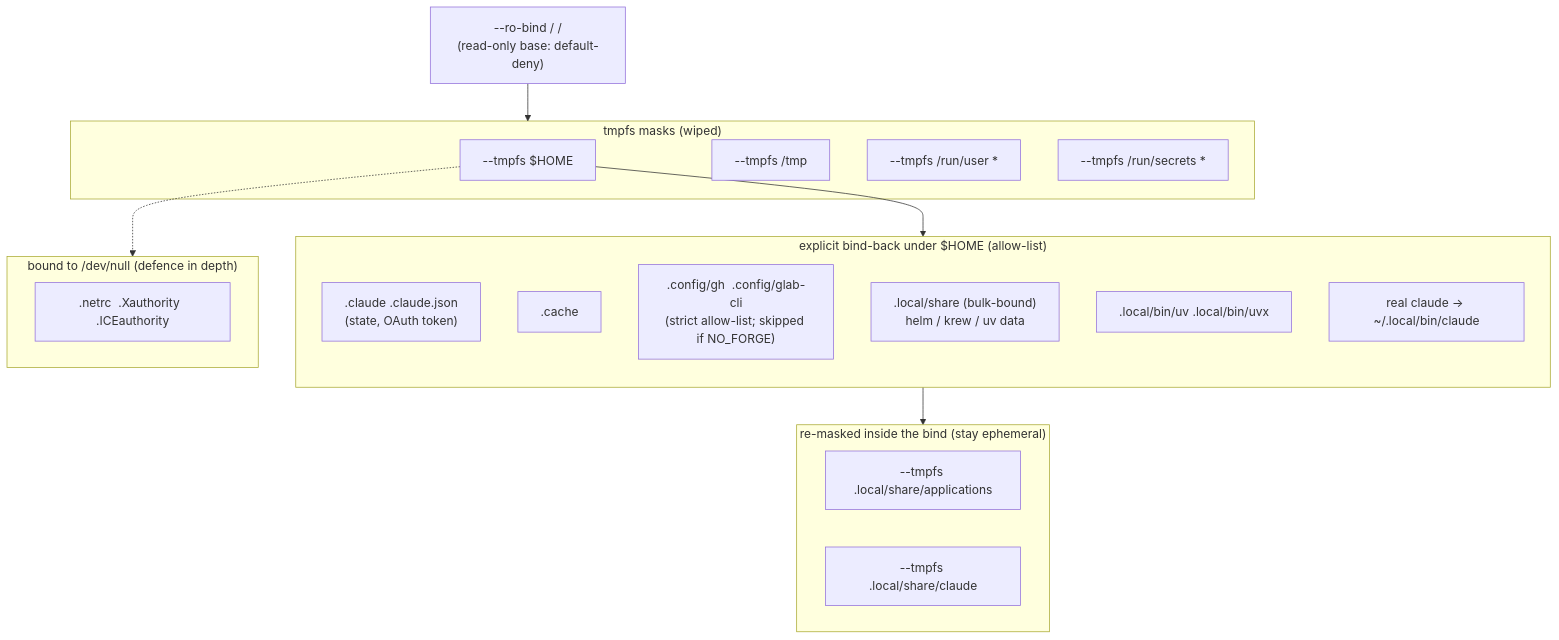
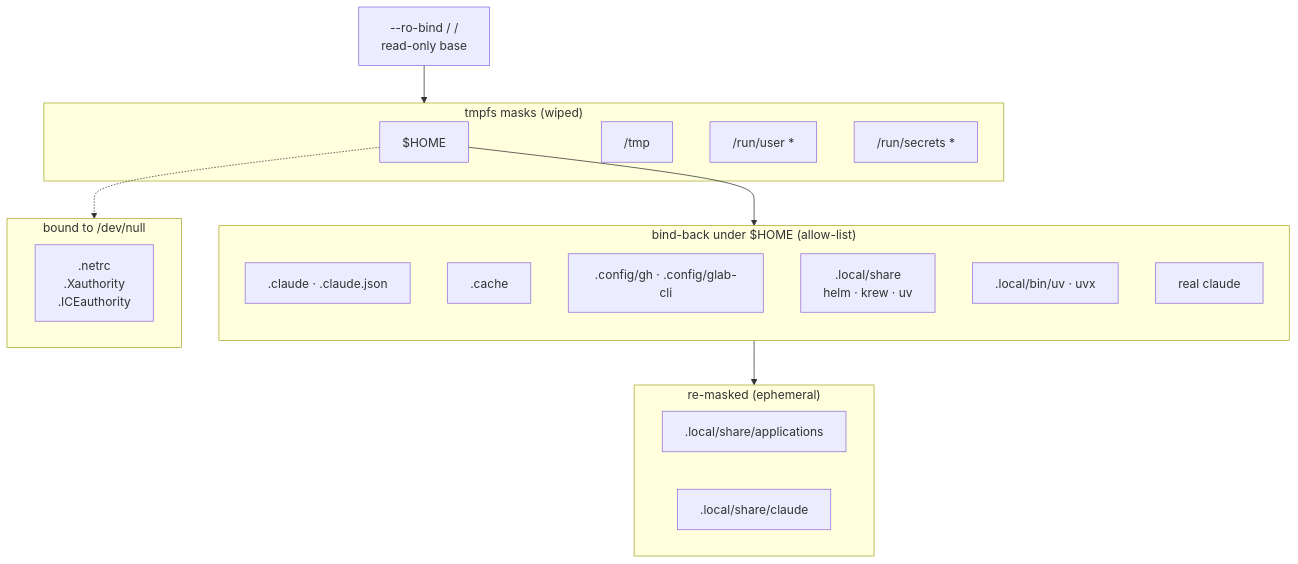
The third of 6 diagrams in docs/explanations/architecture.md (gilesknap/claude-sandbox), drawn with Mermaid before and after one commit. The commit also changed 12 other files, not shown here.

First line of the commit message:
docs: polish — readability, mermaid, unpromoted-workspace notes, just docs

````diff
--- a/docs/explanations/architecture.md
+++ b/docs/explanations/architecture.md
@@ -138,38 +138,37 @@
 ```{mermaid}
 graph TD
-    base["--ro-bind / /<br/>(read-only base: default-deny)"]
-
+    base["--ro-bind / /<br/>read-only base"]
     base --> tmpfs
 
     subgraph tmpfs["tmpfs masks (wiped)"]
-        h["--tmpfs $HOME"]
-        t["--tmpfs /tmp"]
-        ru["--tmpfs /run/user *"]
-        rs["--tmpfs /run/secrets *"]
+        h["$HOME"]
+        t["/tmp"]
+        ru["/run/user *"]
+        rs["/run/secrets *"]
     end
 
     h --> bindback
 
-    subgraph bindback["explicit bind-back under $HOME (allow-list)"]
+    subgraph bindback["bind-back under $HOME (allow-list)"]
         direction TB
-        claude[".claude  .claude.json<br/>(state, OAuth token)"]
+        claude[".claude · .claude.json"]
         cache[".cache"]
-        forge[".config/gh  .config/glab-cli<br/>(strict allow-list; skipped if NO_FORGE)"]
-        share[".local/share (bulk-bound)<br/>helm / krew / uv data"]
-        uv[".local/bin/uv  .local/bin/uvx"]
-        realbin["real claude → ~/.local/bin/claude"]
+        forge[".config/gh · .config/glab-cli"]
+        share[".local/share<br/>helm · krew · uv"]
+        uv[".local/bin/uv · uvx"]
+        realbin["real claude"]
     end
 
     share --> masked
 
-    subgraph masked["re-masked inside the bind (stay ephemeral)"]
-        apps["--tmpfs .local/share/applications"]
-        ccache["--tmpfs .local/share/claude"]
+    subgraph masked["re-masked (ephemeral)"]
+        apps[".local/share/applications"]
+        ccache[".local/share/claude"]
     end
 
-    subgraph nullmask["bound to /dev/null (defence in depth)"]
-        netrc[".netrc  .Xauthority  .ICEauthority"]
+    subgraph nullmask["bound to /dev/null"]
+        netrc[".netrc<br/>.Xauthority<br/>.ICEauthority"]
     end
 
     h -.-> nullmask
 ```
````
